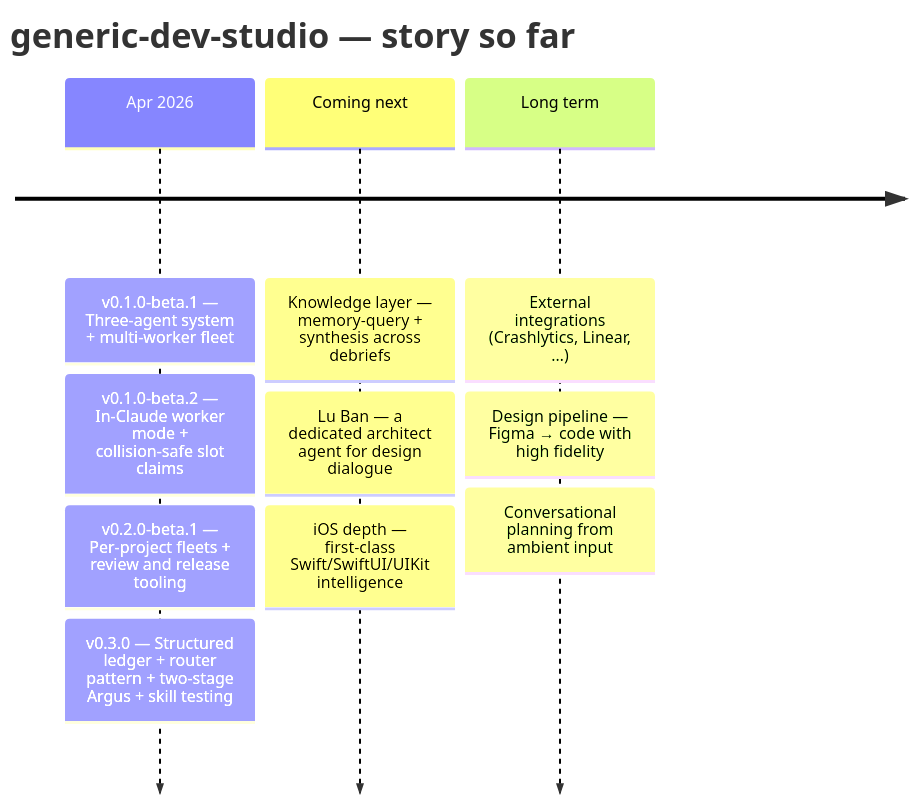
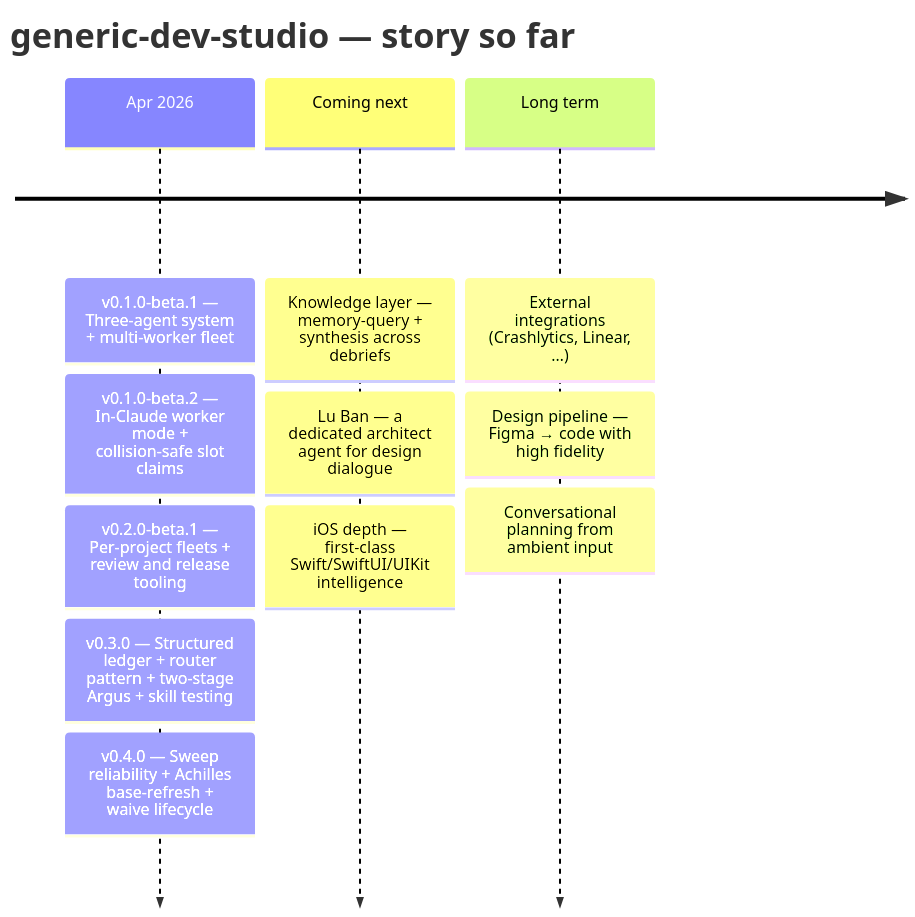
The diagram in README.md (v-i-s-h-a-l/generic-dev-studio), drawn with Mermaid before and after one commit. The commit also changed other lines of this file, not shown here.

Commit message:
README: v0.4.0 timeline + Story so far update

````diff
--- a/README.md
+++ b/README.md
@@ -13,14 +13,15 @@
 ```mermaid
 timeline
     title generic-dev-studio — story so far
     Apr 2026 : v0.1.0-beta.1 — Three-agent system + multi-worker fleet
              : v0.1.0-beta.2 — In-Claude worker mode + collision-safe slot claims
              : v0.2.0-beta.1 — Per-project fleets + review and release tooling
              : v0.3.0 — Structured ledger + router pattern + two-stage Argus + skill testing
+             : v0.4.0 — Sweep reliability + Achilles base-refresh + waive lifecycle
     Coming next : Knowledge layer — memory-query + synthesis across debriefs
                 : Lu Ban — a dedicated architect agent for design dialogue
                 : iOS depth — first-class Swift/SwiftUI/UIKit intelligence
     Long term : External integrations (Crashlytics, Linear, …)
               : Design pipeline — Figma → code with high fidelity
               : Conversational planning from ambient input
 ```
````
